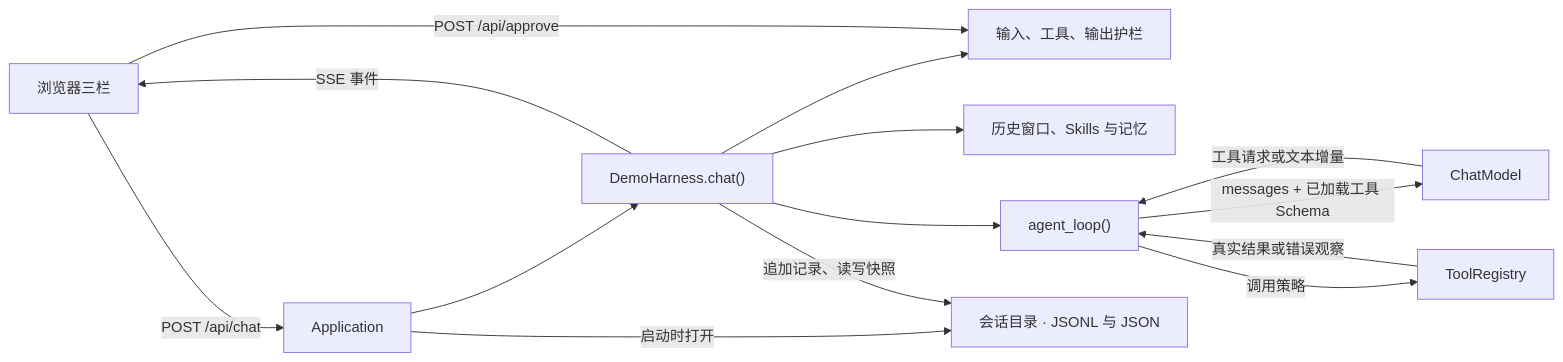
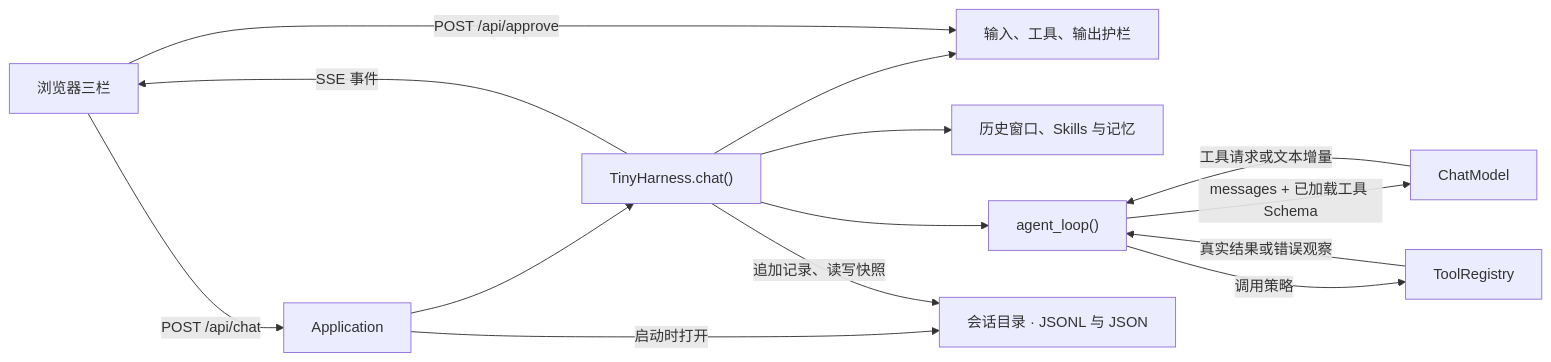
Before and after one commit to kylin1997/DemoHarness: the diagram in docs/architecture.md, drawn with Mermaid. The commit also changed other lines of this file and 30 other files, not shown here.

Commit message:
refactor: rename the project to TinyHarness

````diff
--- a/docs/architecture.md
+++ b/docs/architecture.md
@@ -9,16 +9,16 @@
 ```mermaid
 flowchart LR
     Page["浏览器三栏"] -->|"POST /api/chat"| HTTP["Application"]
-    HTTP --> Harness["DemoHarness.chat()"]
+    HTTP --> Harness["TinyHarness.chat()"]
     Harness --> Guard["输入、工具、输出护栏"]
     Harness --> Window["历史窗口、Skills 与记忆"]
     Harness --> Loop["agent_loop()"]
     Loop -->|"messages + 已加载工具 Schema"| Model["ChatModel"]
     Model -->|"工具请求或文本增量"| Loop
     Loop -->|"调用策略"| Tools["ToolRegistry"]
     Tools -->|"真实结果或错误观察"| Loop
     HTTP -->|"启动时打开"| Store["会话目录 · JSONL 与 JSON"]
     Harness -->|"追加记录、读写快照"| Store
     Harness -->|"SSE 事件"| Page
     Page -->|"POST /api/approve"| Guard
 ```
````
